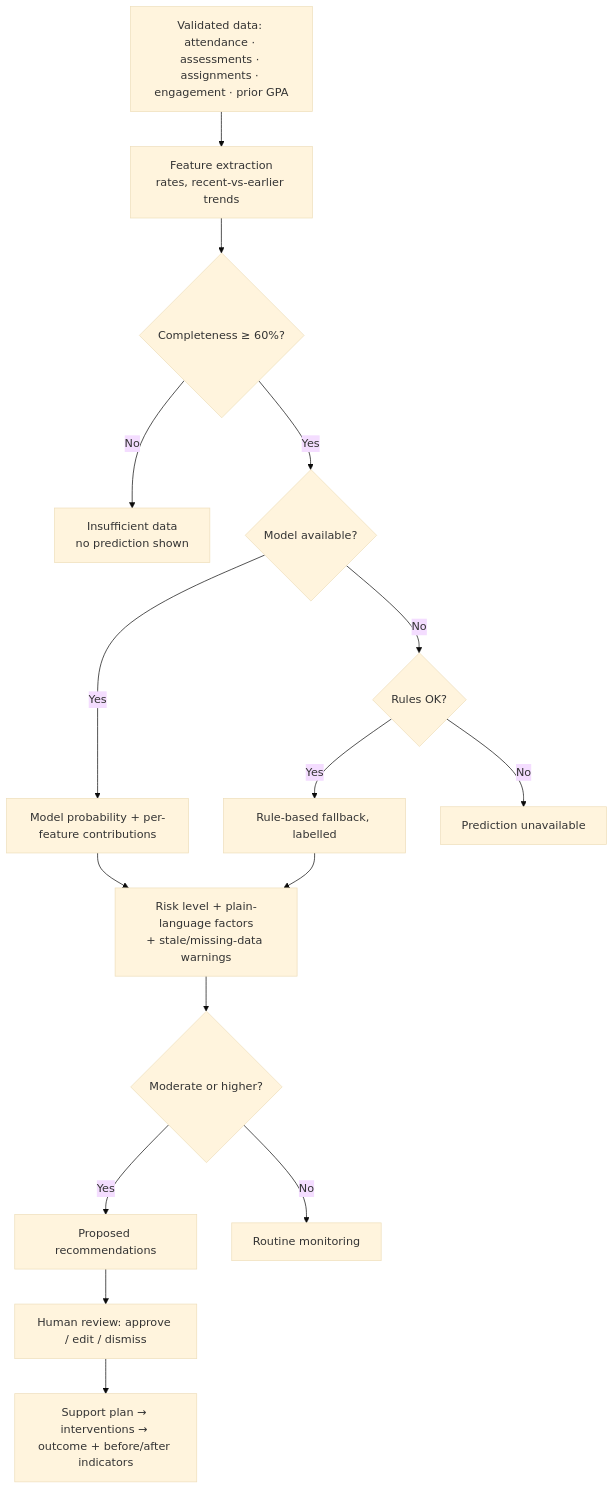
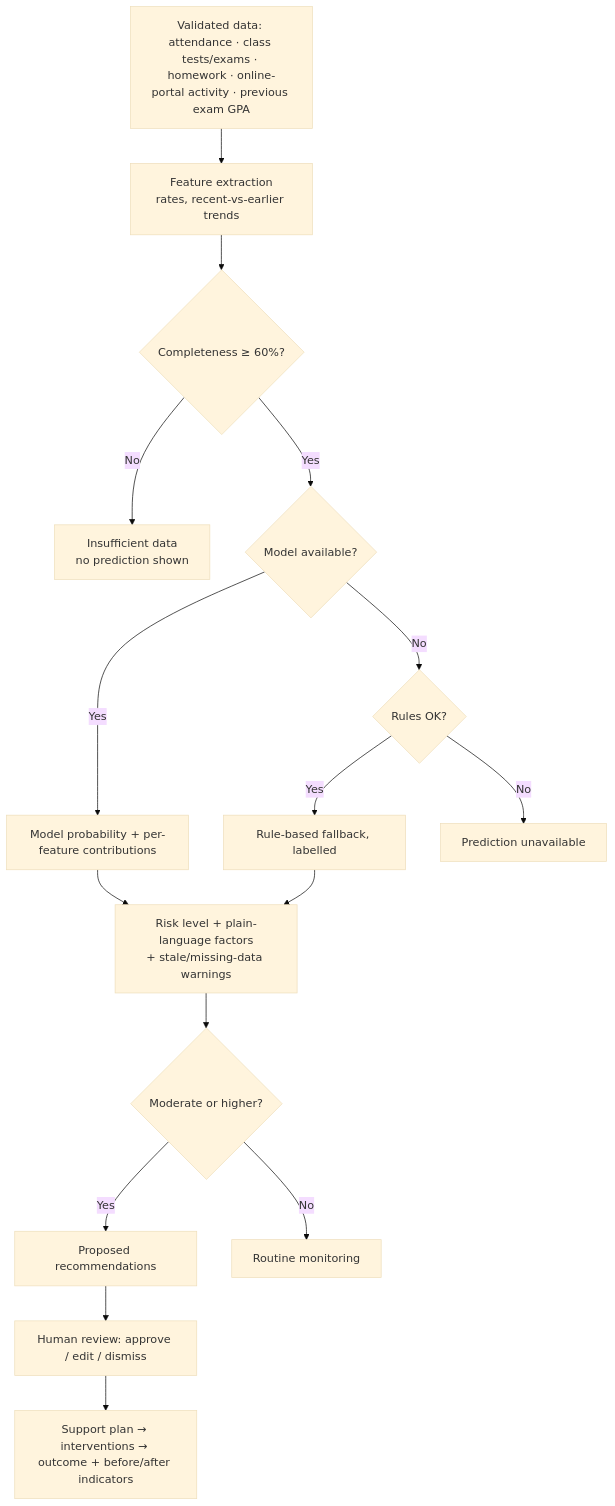
The second of 4 diagrams in docs/architecture.md (shariar165/saews), drawn with Mermaid (base theme) before and after one commit. The commit also changed other lines of this file and 30 other files, not shown here.

````diff
--- a/docs/architecture.md
+++ b/docs/architecture.md
@@ -39,18 +39,18 @@
 ```mermaid
 flowchart TD
-  A[Validated data: attendance · assessments · assignments · engagement · prior GPA] --> B[Feature extraction<br/>rates, recent-vs-earlier trends]
+  A[Validated data: attendance · class tests/exams · homework · online-portal activity · previous exam GPA] --> B[Feature extraction<br/>rates, recent-vs-earlier trends]
   B --> C{Completeness ≥ 60%?}
   C -- No --> X[Insufficient data<br/>no prediction shown]
   C -- Yes --> D{Model available?}
   D -- Yes --> E[Model probability + per-feature contributions]
   D -- No --> F{Rules OK?}
   F -- Yes --> G[Rule-based fallback, labelled]
   F -- No --> U[Prediction unavailable]
   E --> H[Risk level + plain-language factors<br/>+ stale/missing-data warnings]
   G --> H
   H --> I{Moderate or higher?}
   I -- Yes --> J[Proposed recommendations]
   J --> K[Human review: approve / edit / dismiss]
   K --> L[Support plan → interventions → outcome + before/after indicators]
   I -- No --> M[Routine monitoring]
 ```
````
